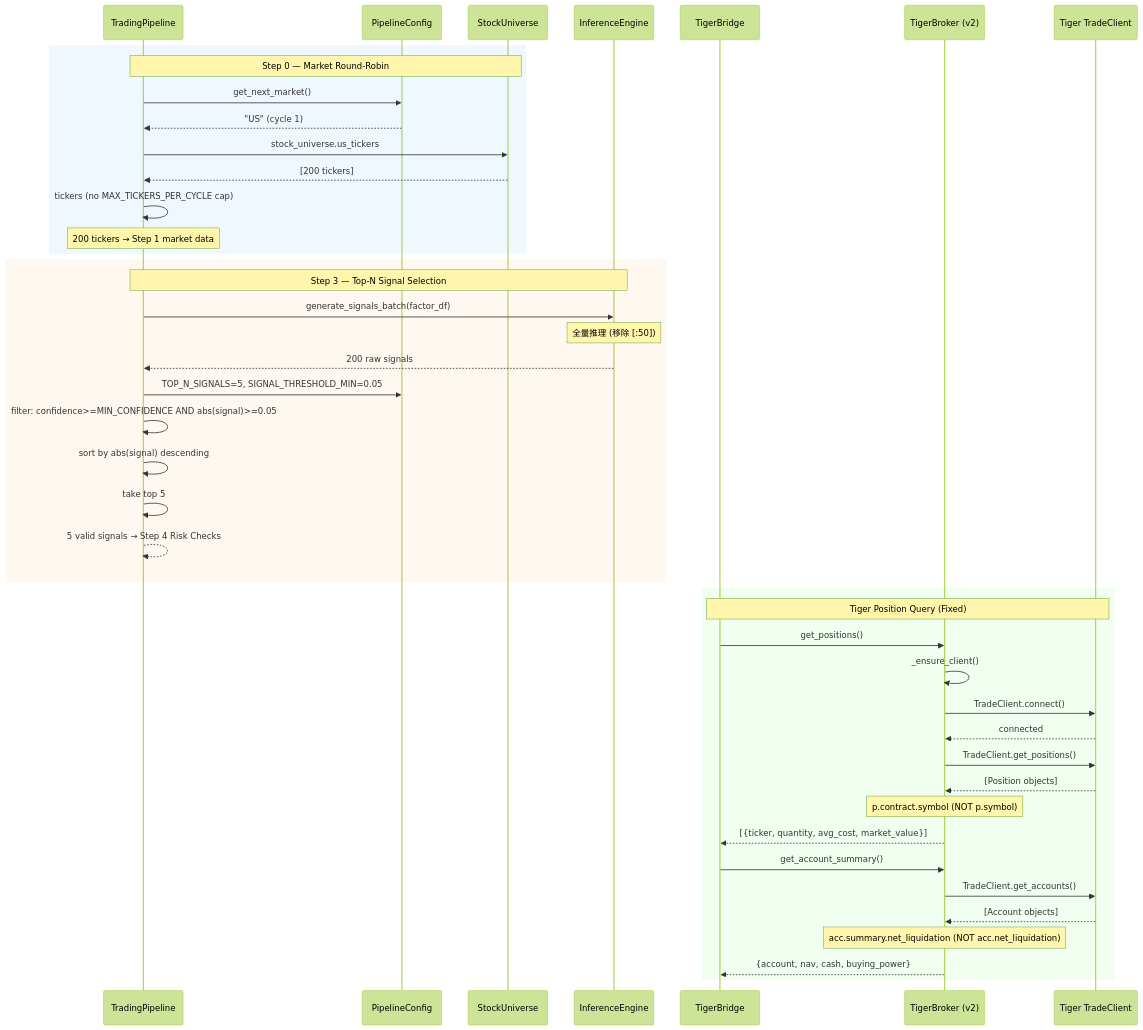
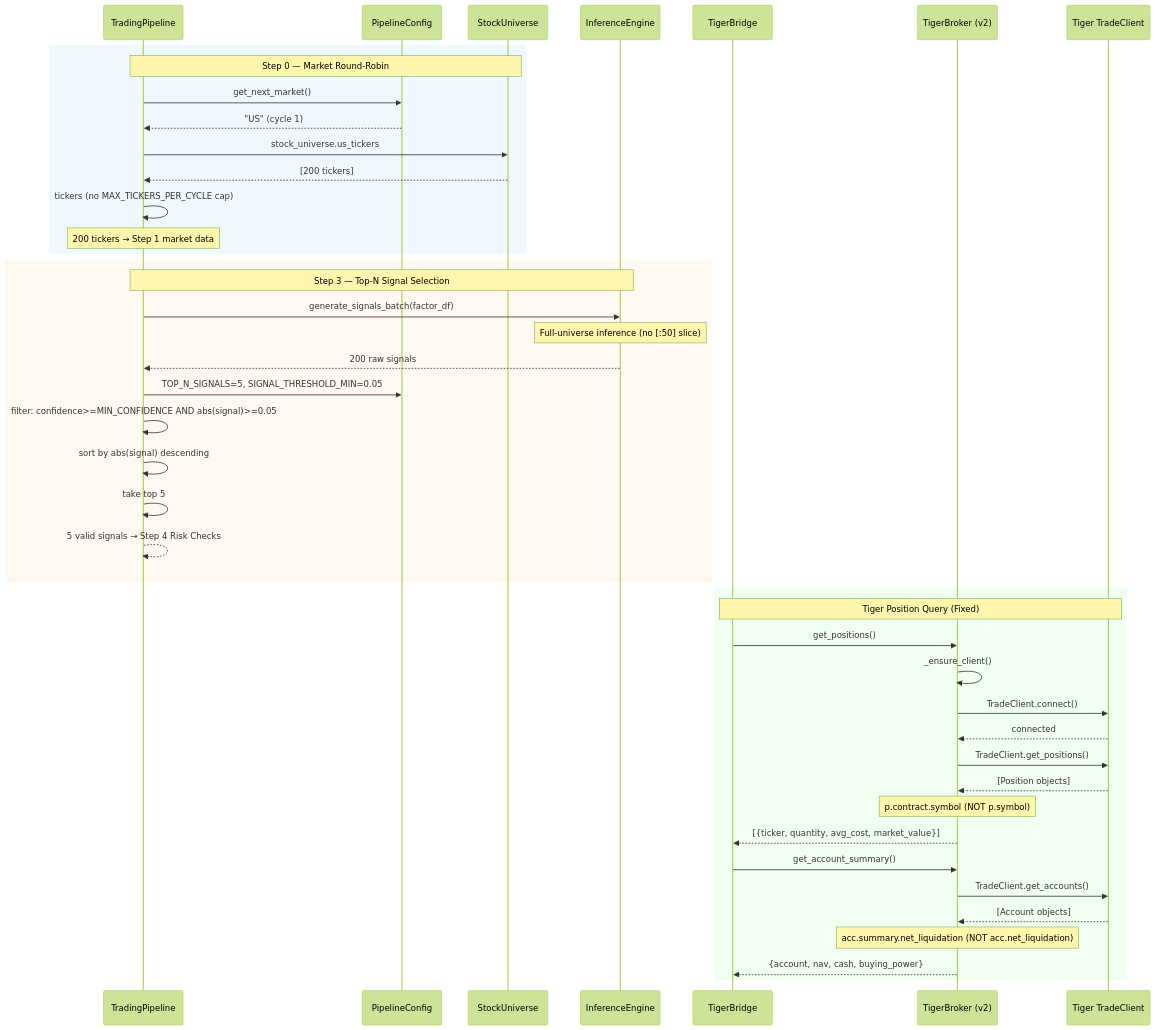
The diagram in docs/sequence-diagram.mermaid (AndrewMa1992/quant-ai-trader), drawn with Mermaid (forest theme) before and after one commit. The commit also changed 130 other files, not shown here.

```diff
--- a/docs/sequence-diagram.mermaid
+++ b/docs/sequence-diagram.mermaid
@@ -1,51 +1,51 @@
 sequenceDiagram
     participant TP as TradingPipeline
     participant PC as PipelineConfig
     participant SU as StockUniverse
     participant IE as InferenceEngine
     participant TB as TigerBridge
     participant BR as TigerBroker (v2)
     participant SDK as Tiger TradeClient
 
     %% Market Round-Robin Universe Selection
     rect rgb(240, 248, 255)
         Note over TP,SU: Step 0 — Market Round-Robin
         TP->>PC: get_next_market()
         PC-->>TP: "US" (cycle 1)
         TP->>SU: stock_universe.us_tickers
         SU-->>TP: [200 tickers]
         TP->>TP: tickers (no MAX_TICKERS_PER_CYCLE cap)
         Note over TP: 200 tickers → Step 1 market data
     end
 
     %% Top-N Signal Selection
     rect rgb(255, 248, 240)
         Note over TP,IE: Step 3 — Top-N Signal Selection
         TP->>IE: generate_signals_batch(factor_df)
-        Note over IE: 全量推理 (移除 [:50])
+        Note over IE: Full-universe inference (no [:50] slice)
         IE-->>TP: 200 raw signals
         TP->>PC: TOP_N_SIGNALS=5, SIGNAL_THRESHOLD_MIN=0.05
         TP->>TP: filter: confidence>=MIN_CONFIDENCE AND abs(signal)>=0.05
         TP->>TP: sort by abs(signal) descending
         TP->>TP: take top 5
         TP-->>TP: 5 valid signals → Step 4 Risk Checks
     end
 
     %% Tiger Position Query (Fixed)
     rect rgb(240, 255, 240)
         Note over TB,SDK: Tiger Position Query (Fixed)
         TB->>BR: get_positions()
         BR->>BR: _ensure_client()
         BR->>SDK: TradeClient.connect()
         SDK-->>BR: connected
         BR->>SDK: TradeClient.get_positions()
         SDK-->>BR: [Position objects]
         Note over BR: p.contract.symbol (NOT p.symbol)
         BR-->>TB: [{ticker, quantity, avg_cost, market_value}]
 
         TB->>BR: get_account_summary()
         BR->>SDK: TradeClient.get_accounts()
         SDK-->>BR: [Account objects]
         Note over BR: acc.summary.net_liquidation (NOT acc.net_liquidation)
         BR-->>TB: {account, nav, cash, buying_power}
     end
```
